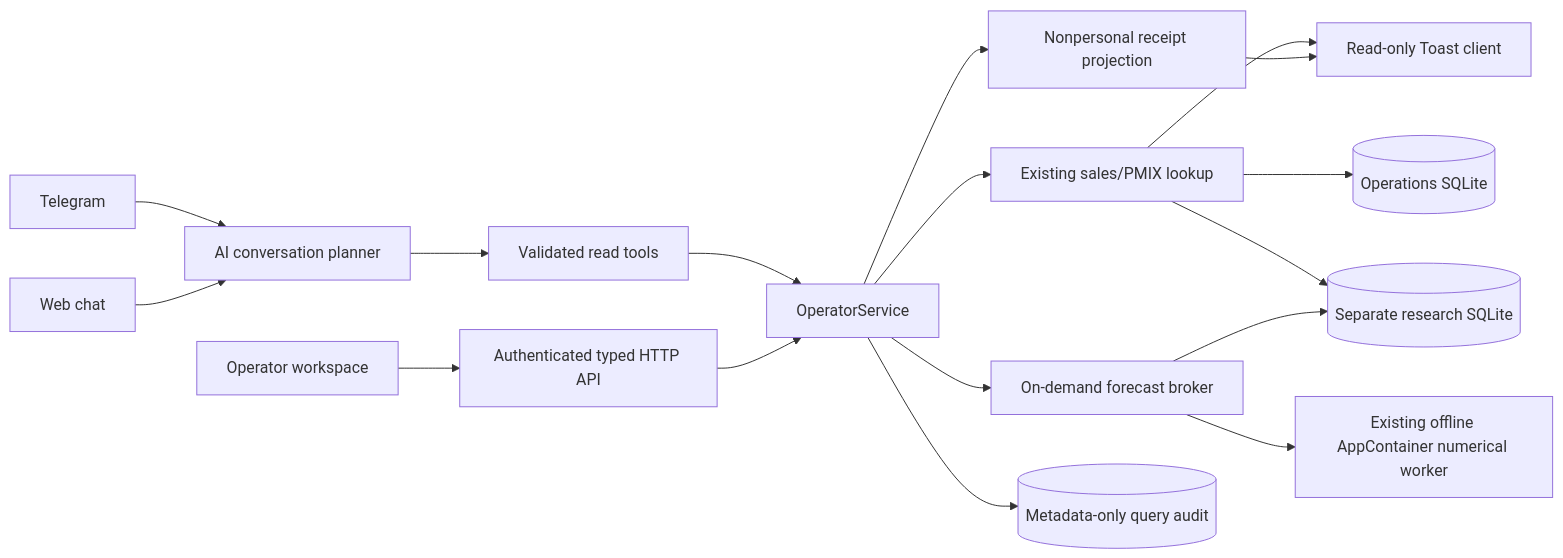
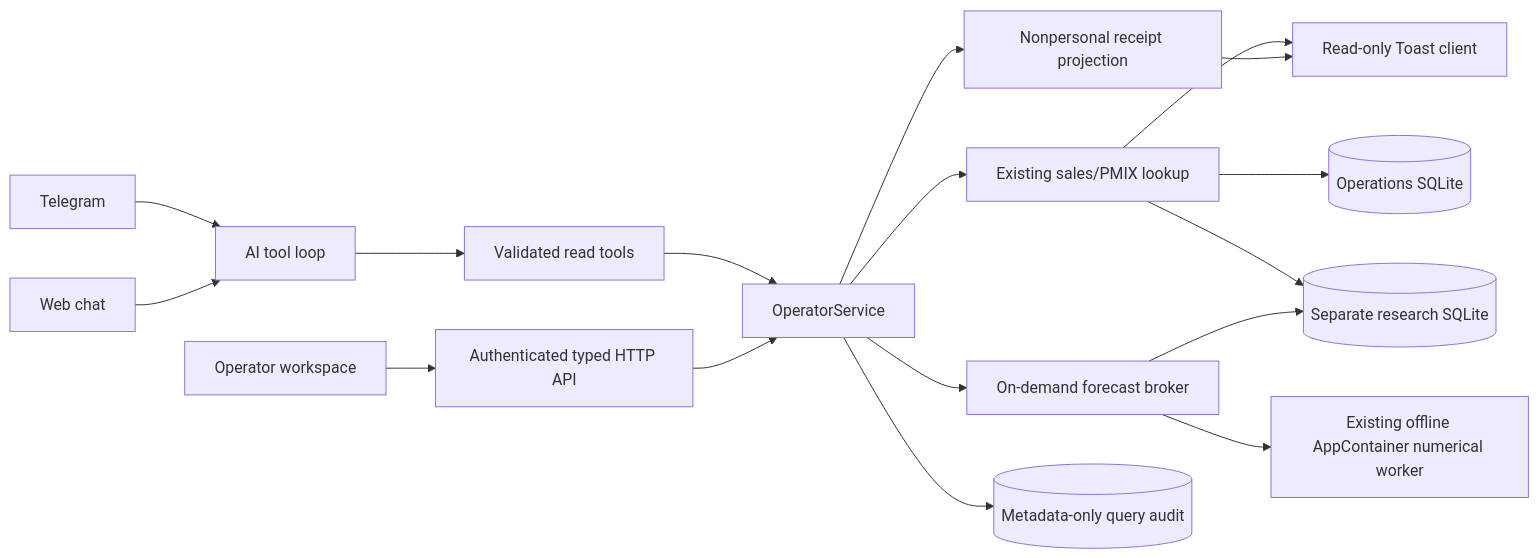
One commit to Mattcabrices/tony-restaurant-ops changed the diagram in OPERATOR-PLATFORM.md. Above: the diagram before and after it, drawn with Mermaid. The commit also changed other lines of this file and 34 other files, not shown here.

````diff
--- a/OPERATOR-PLATFORM.md
+++ b/OPERATOR-PLATFORM.md
@@ -10,19 +10,19 @@
 ```mermaid
 flowchart LR
-  Telegram --> Chat[AI conversation planner]
+  Telegram --> Chat[AI tool loop]
   WebChat[Web chat] --> Chat
   Chat --> Tools[Validated read tools]
   Workspace[Operator workspace] --> API[Authenticated typed HTTP API]
   Tools --> Service[OperatorService]
   API --> Service
   Service --> Sales[Existing sales/PMIX lookup]
   Service --> Receipts[Nonpersonal receipt projection]
   Service --> Forecast[On-demand forecast broker]
   Sales --> Toast[Read-only Toast client]
   Receipts --> Toast
   Sales --> Operations[(Operations SQLite)]
   Sales --> Research[(Separate research SQLite)]
   Forecast --> Research
   Forecast --> Jail[Existing offline AppContainer numerical worker]
   Service --> Audit[(Metadata-only query audit)]
 ```
````
